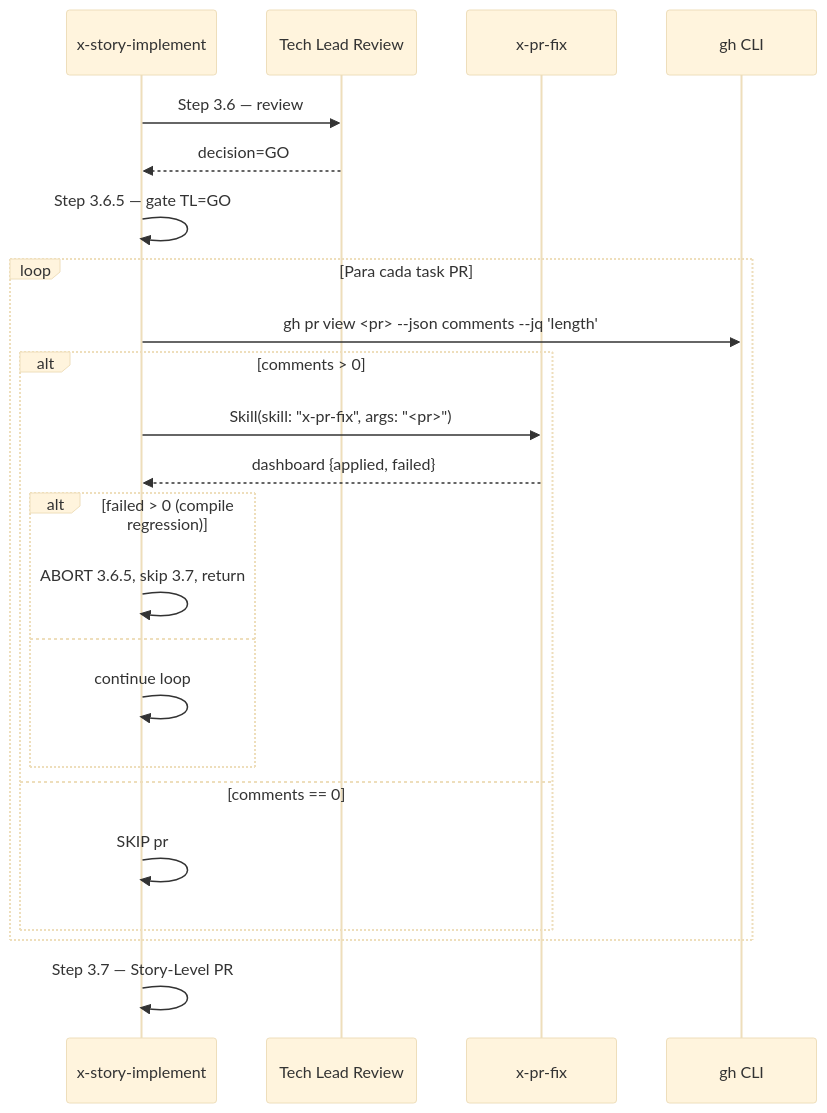
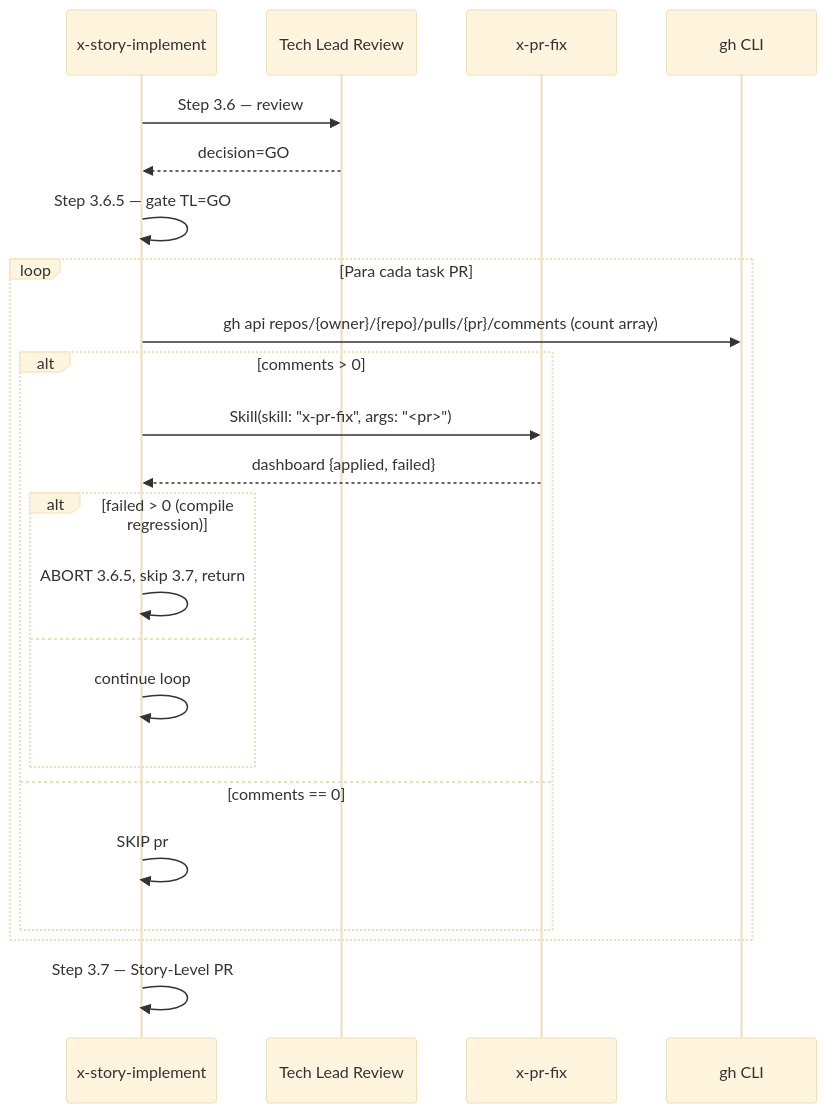
Before and after one commit to edercnj/ia-dev-environment: the diagram in plans/epic-0042/story-0042-0004.md, drawn with Mermaid (base theme). The commit also changed other lines of this file and 4 other files, not shown here.

````diff
--- a/plans/epic-0042/story-0042-0004.md
+++ b/plans/epic-0042/story-0042-0004.md
@@ -124,26 +126,26 @@
 ```mermaid
 sequenceDiagram
     participant Story as x-story-implement
     participant TL as Tech Lead Review
     participant PRFix as x-pr-fix
     participant GH as gh CLI
 
     Story->>TL: Step 3.6 — review
     TL-->>Story: decision=GO
     Story->>Story: Step 3.6.5 — gate TL=GO
     loop Para cada task PR
-        Story->>GH: gh pr view <pr> --json comments --jq 'length'
+        Story->>GH: gh api repos/{owner}/{repo}/pulls/{pr}/comments (count array)
         alt comments > 0
             Story->>PRFix: Skill(skill: "x-pr-fix", args: "<pr>")
             PRFix-->>Story: dashboard {applied, failed}
             alt failed > 0 (compile regression)
                 Story->>Story: ABORT 3.6.5, skip 3.7, return
             else
                 Story->>Story: continue loop
             end
         else comments == 0
             Story->>Story: SKIP pr
         end
     end
     Story->>Story: Step 3.7 — Story-Level PR
 ```
````
